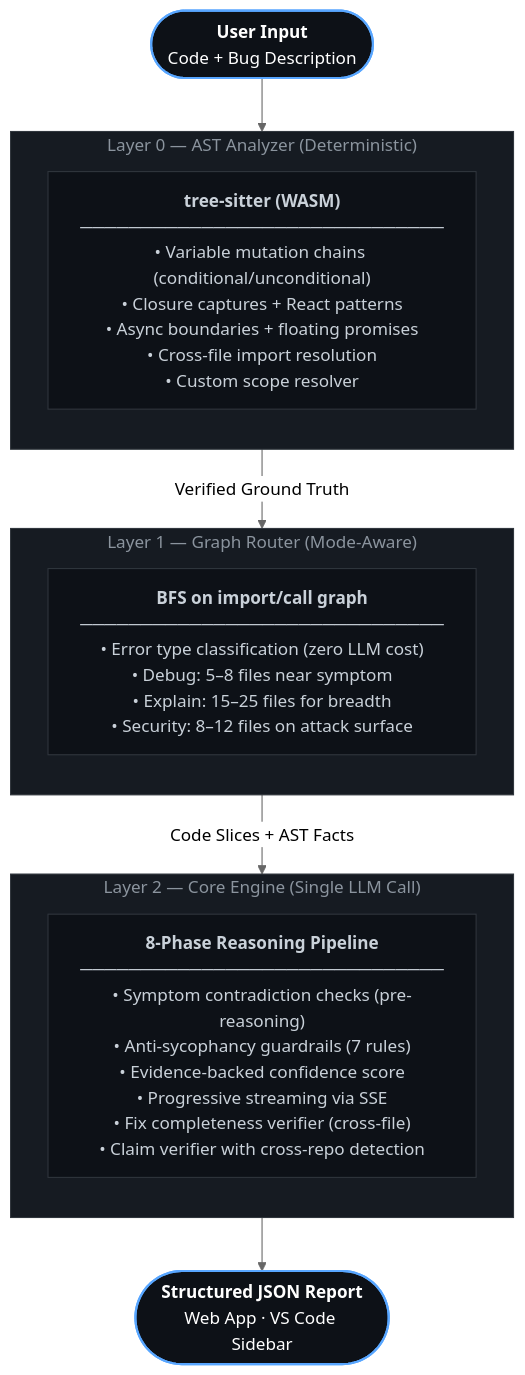
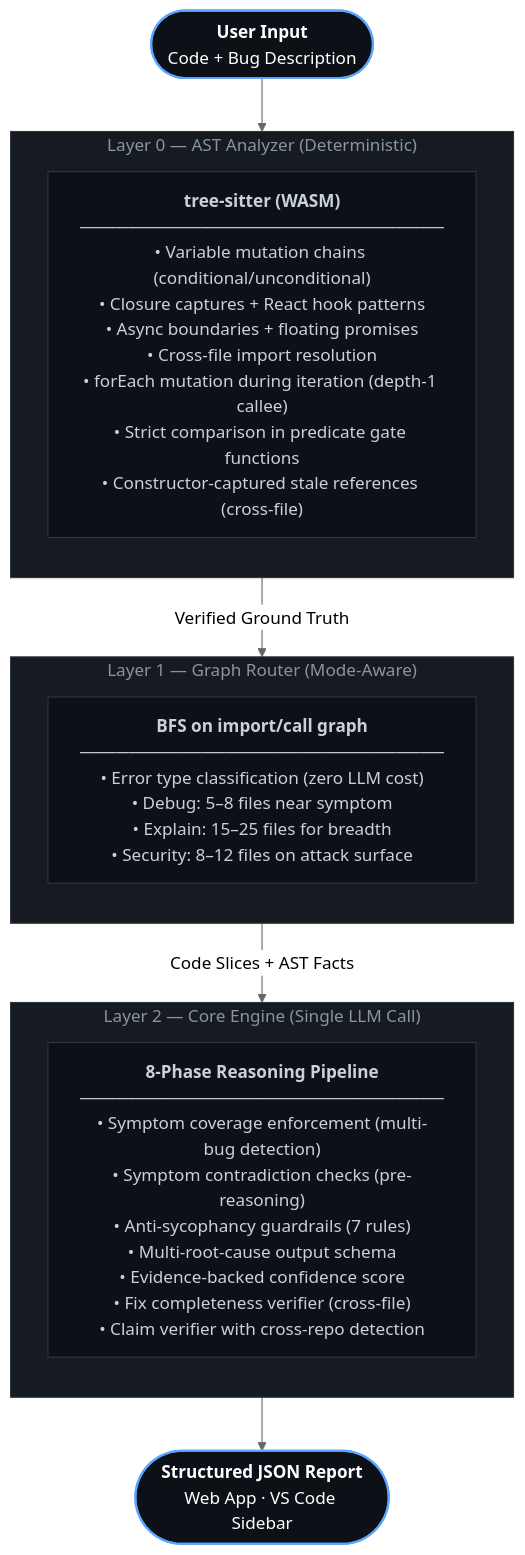
Before and after one commit to EruditeCoder108/UnravelAI: the diagram in README.md, drawn with Mermaid (neutral theme). The commit also changed other lines of this file and 60 other files, not shown here.

````diff
--- a/README.md
+++ b/README.md
@@ -288,35 +197,35 @@
 ```mermaid
 flowchart TD
-    A([<b>User Input</b><br/>Code + Bug Description])
+    A(["<b>User Input</b><br/>Code + Bug Description"])
 
     subgraph L0 ["Layer 0 — AST Analyzer (Deterministic)"]
         direction TB
-        B["<b>tree-sitter (WASM)</b><br/>──────────────────────────────<br/>• Variable mutation chains (conditional/unconditional)<br/>• Closure captures + React patterns<br/>• Async boundaries + floating promises<br/>• Cross-file import resolution<br/>• Custom scope resolver"]
+        B["<b>tree-sitter (WASM)</b><br/>──────────────────────────────<br/>• Variable mutation chains (conditional/unconditional)<br/>• Closure captures + React hook patterns<br/>• Async boundaries + floating promises<br/>• Cross-file import resolution<br/>• forEach mutation during iteration (depth-1 callee)<br/>• Strict comparison in predicate gate functions<br/>• Constructor-captured stale references (cross-file)"]
     end
 
     subgraph L1 ["Layer 1 — Graph Router (Mode-Aware)"]
         direction TB
         C["<b>BFS on import/call graph</b><br/>──────────────────────────────<br/>• Error type classification (zero LLM cost)<br/>• Debug: 5–8 files near symptom<br/>• Explain: 15–25 files for breadth<br/>• Security: 8–12 files on attack surface"]
     end
 
     subgraph L2 ["Layer 2 — Core Engine (Single LLM Call)"]
         direction TB
-        D["<b>8-Phase Reasoning Pipeline</b><br/>──────────────────────────────<br/>• Symptom contradiction checks (pre-reasoning)<br/>• Anti-sycophancy guardrails (7 rules)<br/>• Evidence-backed confidence score<br/>• Progressive streaming via SSE<br/>• Fix completeness verifier (cross-file)<br/>• Claim verifier with cross-repo detection"]
+        D["<b>8-Phase Reasoning Pipeline</b><br/>──────────────────────────────<br/>• Symptom coverage enforcement (multi-bug detection)<br/>• Symptom contradiction checks (pre-reasoning)<br/>• Anti-sycophancy guardrails (7 rules)<br/>• Multi-root-cause output schema<br/>• Evidence-backed confidence score<br/>• Fix completeness verifier (cross-file)<br/>• Claim verifier with cross-repo detection"]
     end
 
-    E([<b>Structured JSON Report</b><br/>Web App · VS Code Sidebar])
+    E(["<b>Structured JSON Report</b><br/>Web App · VS Code Sidebar"])
 
     A --> L0
     L0 -->|Verified Ground Truth| L1
     L1 -->|Code Slices + AST Facts| L2
     L2 --> E
 
     style A fill:#0d1117,stroke:#58a6ff,stroke-width:2px,color:#fff
     style E fill:#0d1117,stroke:#58a6ff,stroke-width:2px,color:#fff
     style B fill:#0d1117,stroke:#30363d,color:#c9d1d9
     style C fill:#0d1117,stroke:#30363d,color:#c9d1d9
     style D fill:#0d1117,stroke:#30363d,color:#c9d1d9
     style L0 fill:#161b22,stroke:#30363d,color:#8b949e
     style L1 fill:#161b22,stroke:#30363d,color:#8b949e
     style L2 fill:#161b22,stroke:#30363d,color:#8b949e
 ```
````
